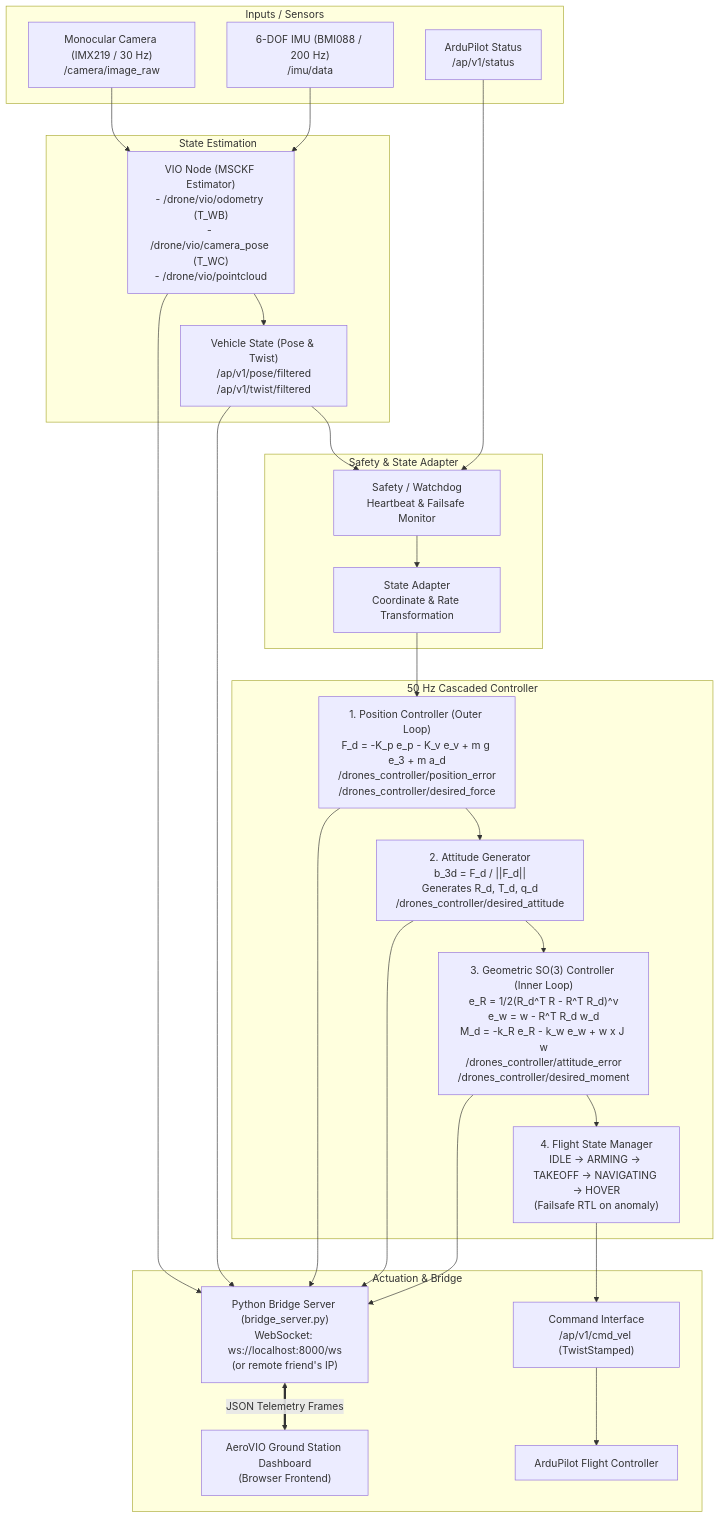
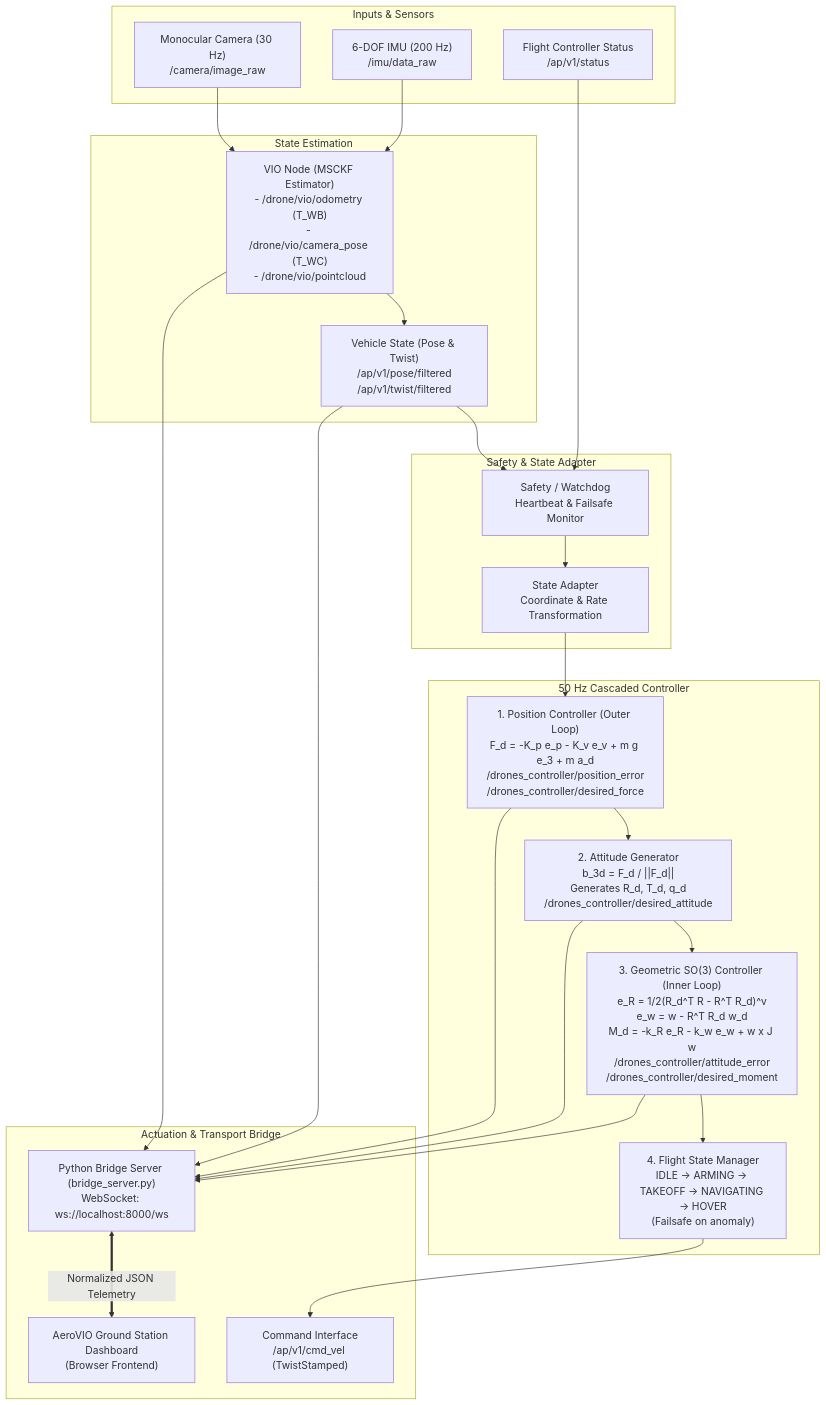
One commit to iamakhilan/Drones-Dashboard changed the diagram in README.md. Above: the diagram before and after it, drawn with Mermaid. The commit also changed other lines of this file and 4 other files, not shown here.

Commit message:
Comprehensive cleanup and integration pass: eliminate fake telemetry and controls, separate T_WB/T_WC frames, integrate 50Hz SO(3) controller telemetry, enforce truthful DEMO/LIVE bridge architecture

````diff
--- a/README.md
+++ b/README.md
@@ -23,52 +46,50 @@
 ```mermaid
 flowchart TD
-    subgraph Inputs / Sensors
-        CAM["Monocular Camera (IMX219 / 30 Hz)\n/camera/image_raw"]
-        IMU["6-DOF IMU (BMI088 / 200 Hz)\n/imu/data"]
-        AP_STATUS["ArduPilot Status\n/ap/v1/status"]
+    subgraph Inputs & Sensors
+        CAM["Monocular Camera (30 Hz)\n/camera/image_raw"]
+        IMU["6-DOF IMU (200 Hz)\n/imu/data_raw"]
+        AP_STATUS["Flight Controller Status\n/ap/v1/status"]
     end
 
     subgraph State Estimation
         VIO["VIO Node (MSCKF Estimator)\n- /drone/vio/odometry (T_WB)\n- /drone/vio/camera_pose (T_WC)\n- /drone/vio/pointcloud"]
         EST["Vehicle State (Pose & Twist)\n/ap/v1/pose/filtered\n/ap/v1/twist/filtered"]
     end
 
     subgraph Safety & State Adapter
         WATCHDOG["Safety / Watchdog\nHeartbeat & Failsafe Monitor"]
         ADAPTER["State Adapter\nCoordinate & Rate Transformation"]
     end
 
     subgraph 50 Hz Cascaded Controller
         POS_CTRL["1. Position Controller (Outer Loop)\nF_d = -K_p e_p - K_v e_v + m g e_3 + m a_d\n/drones_controller/position_error\n/drones_controller/desired_force"]
         ATT_GEN["2. Attitude Generator\nb_3d = F_d / ||F_d||\nGenerates R_d, T_d, q_d\n/drones_controller/desired_attitude"]
         SO3_CTRL["3. Geometric SO(3) Controller (Inner Loop)\ne_R = 1/2(R_d^T R - R^T R_d)^v\ne_w = w - R^T R_d w_d\nM_d = -k_R e_R - k_w e_w + w x J w\n/drones_controller/attitude_error\n/drones_controller/desired_moment"]
-        FSM["4. Flight State Manager\nIDLE → ARMING → TAKEOFF → NAVIGATING → HOVER\n(Failsafe RTL on anomaly)"]
+        FSM["4. Flight State Manager\nIDLE → ARMING → TAKEOFF → NAVIGATING → HOVER\n(Failsafe on anomaly)"]
     end
 
-    subgraph Actuation & Bridge
+    subgraph Actuation & Transport Bridge
         CMD["Command Interface\n/ap/v1/cmd_vel (TwistStamped)"]
-        AP_EXEC["ArduPilot Flight Controller"]
-        BRIDGE["Python Bridge Server (bridge_server.py)\nWebSocket: ws://localhost:8000/ws\n(or remote friend's IP)"]
+        BRIDGE["Python Bridge Server (bridge_server.py)\nWebSocket: ws://localhost:8000/ws"]
         DASH["AeroVIO Ground Station Dashboard\n(Browser Frontend)"]
     end
 
     CAM --> VIO
     IMU --> VIO
     VIO --> EST
     EST --> WATCHDOG
     AP_STATUS --> WATCHDOG
     WATCHDOG --> ADAPTER
     ADAPTER --> POS_CTRL
     POS_CTRL --> ATT_GEN
     ATT_GEN --> SO3_CTRL
     SO3_CTRL --> FSM
     FSM --> CMD
-    CMD --> AP_EXEC
 
     EST --> BRIDGE
     POS_CTRL --> BRIDGE
     ATT_GEN --> BRIDGE
     SO3_CTRL --> BRIDGE
     VIO --> BRIDGE
-    BRIDGE <==>|JSON Telemetry Frames| DASH
+    BRIDGE <==>|Normalized JSON Telemetry| DASH
 ```
````
